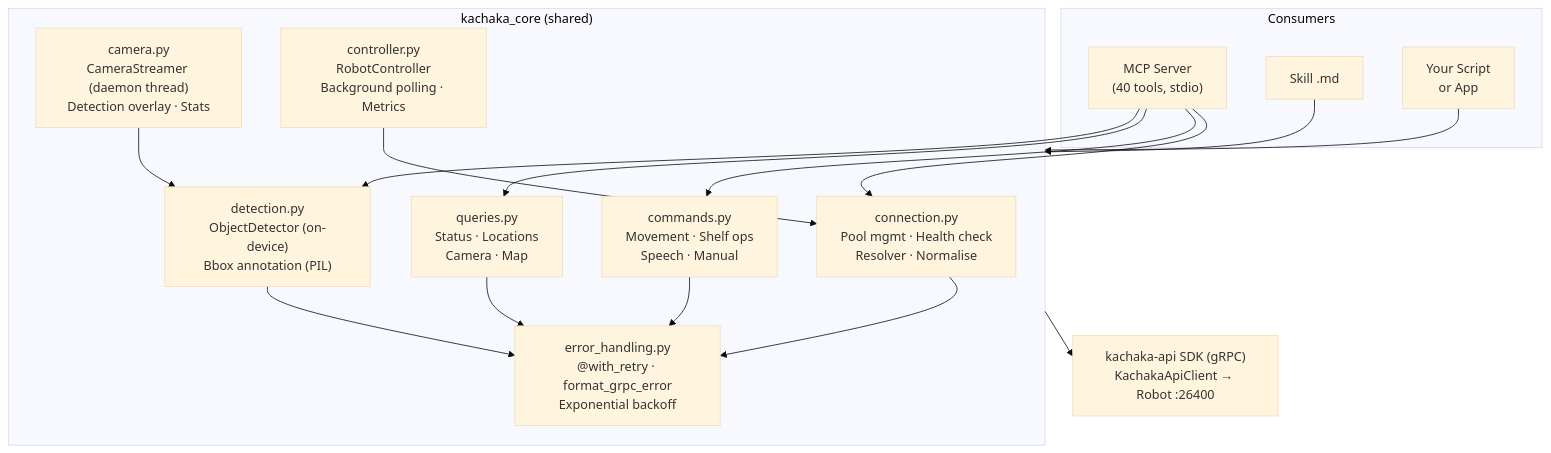
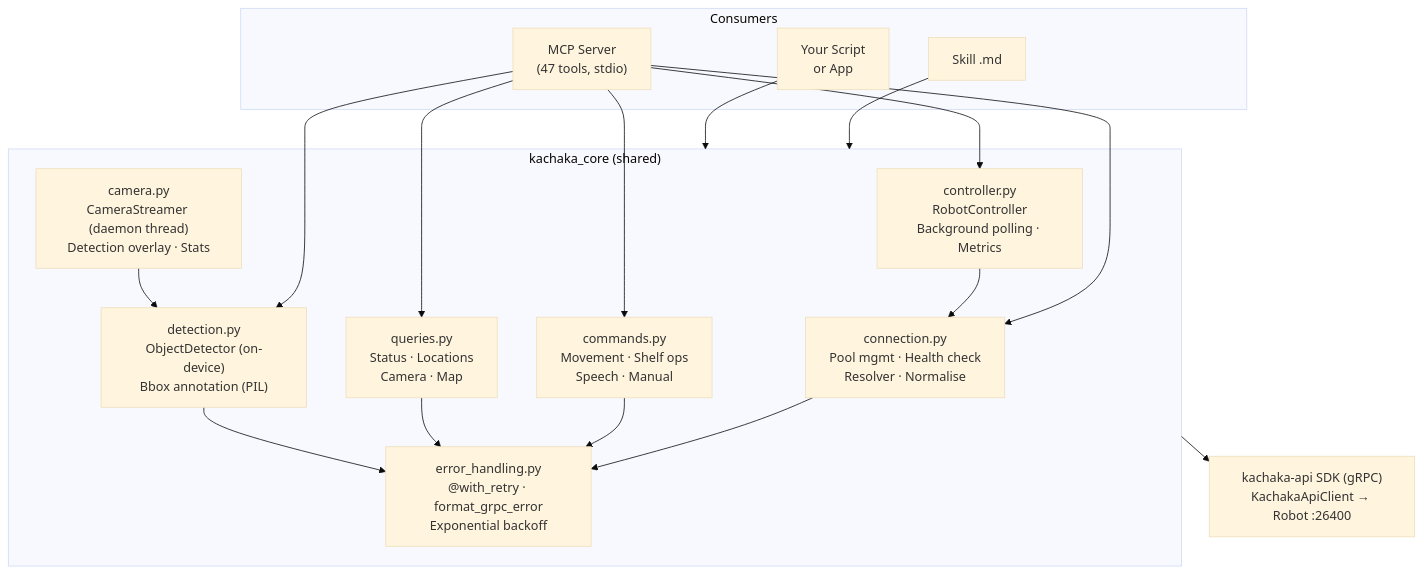
The first of 3 diagrams in README.md (Sigma-Snaken/kachaka-sdk-toolkit), drawn with Mermaid (base theme) before and after one commit. The commit also changed other lines of this file and 7 other files, not shown here.

First line of the commit message:
feat: expose RobotController as 6 MCP tools with shelf drop monitoring

````diff
--- a/README.md
+++ b/README.md
@@ -13,34 +13,35 @@
 ```mermaid
 graph TD
     subgraph Consumers
-        MCP["MCP Server<br/>(40 tools, stdio)"]
+        MCP["MCP Server<br/>(47 tools, stdio)"]
         SKILL["Skill .md"]
         APP["Your Script<br/>or App"]
     end
 
     subgraph kachaka_core["kachaka_core (shared)"]
         CONN["connection.py<br/>Pool mgmt · Health check<br/>Resolver · Normalise"]
         CMD["commands.py<br/>Movement · Shelf ops<br/>Speech · Manual"]
         QRY["queries.py<br/>Status · Locations<br/>Camera · Map"]
         ERR["error_handling.py<br/>@with_retry · format_grpc_error<br/>Exponential backoff"]
         CAM["camera.py<br/>CameraStreamer (daemon thread)<br/>Detection overlay · Stats"]
         DET["detection.py<br/>ObjectDetector (on-device)<br/>Bbox annotation (PIL)"]
         CTRL["controller.py<br/>RobotController<br/>Background polling · Metrics"]
     end
 
     SDK["kachaka-api SDK (gRPC)<br/>KachakaApiClient → Robot :26400"]
 
     MCP --> CONN
     MCP --> CMD
     MCP --> QRY
     MCP --> DET
+    MCP --> CTRL
     SKILL --> kachaka_core
     APP --> kachaka_core
     CONN --> ERR
     CMD --> ERR
     QRY --> ERR
     DET --> ERR
     CTRL --> CONN
     CAM --> DET
     kachaka_core --> SDK
 ```
````
